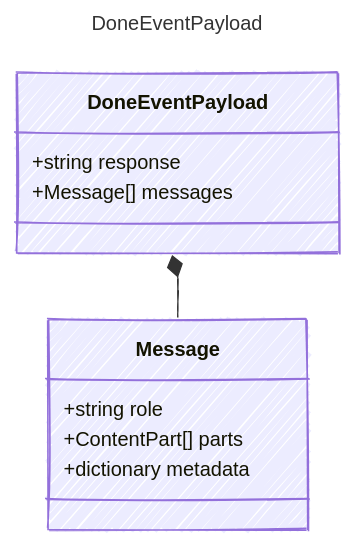
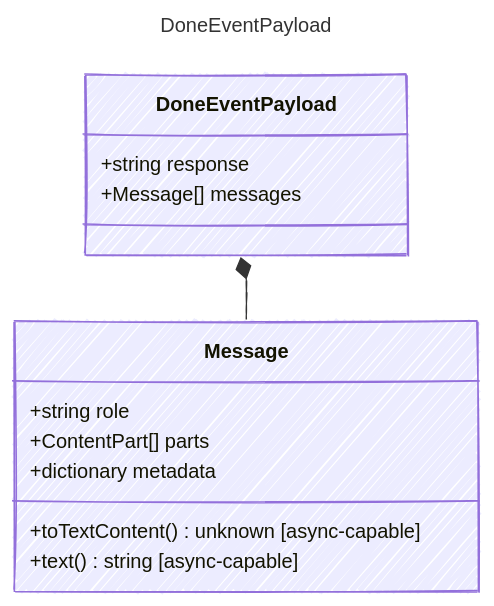
One commit to microsoft/prompty changed the diagram in web/src/content/docs/reference/DoneEventPayload.md. Above: the diagram before and after it, drawn with Mermaid. The commit also changed 524 other files, not shown here.

````diff
--- a/web/src/content/docs/reference/DoneEventPayload.md
+++ b/web/src/content/docs/reference/DoneEventPayload.md
@@ -11,21 +11,23 @@
 ```mermaid
 ---
 title: DoneEventPayload
 config:
   look: handDrawn
   theme: colorful
   class:
     hideEmptyMembersBox: true
 ---
 classDiagram
     class DoneEventPayload {
         +string response
         +Message[] messages
     }
     class Message {
         +string role
         +ContentPart[] parts
         +dictionary metadata
+        +toTextContent() unknown [async-capable]
+        +text() string [async-capable]
     }
     DoneEventPayload *-- Message
 ```
````
